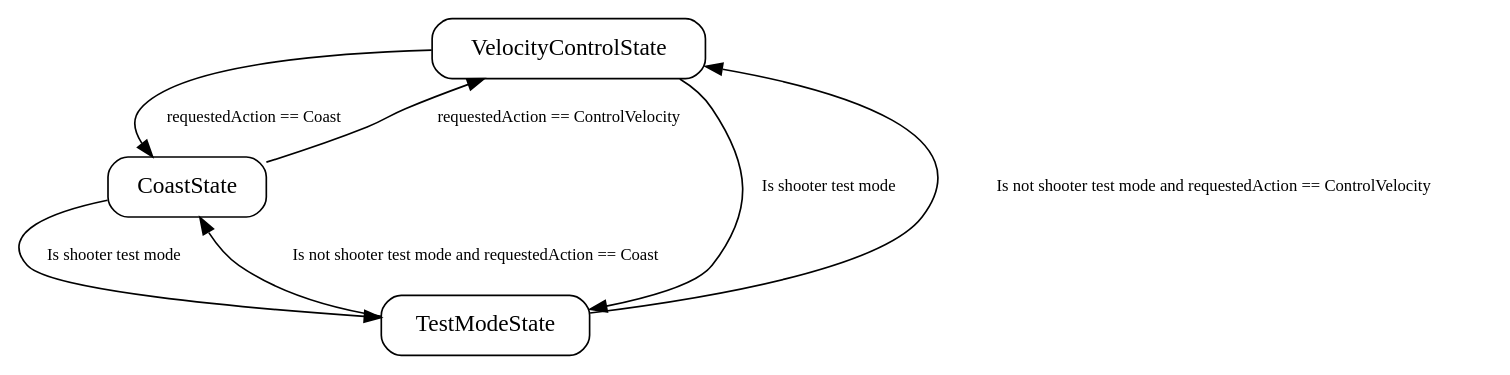
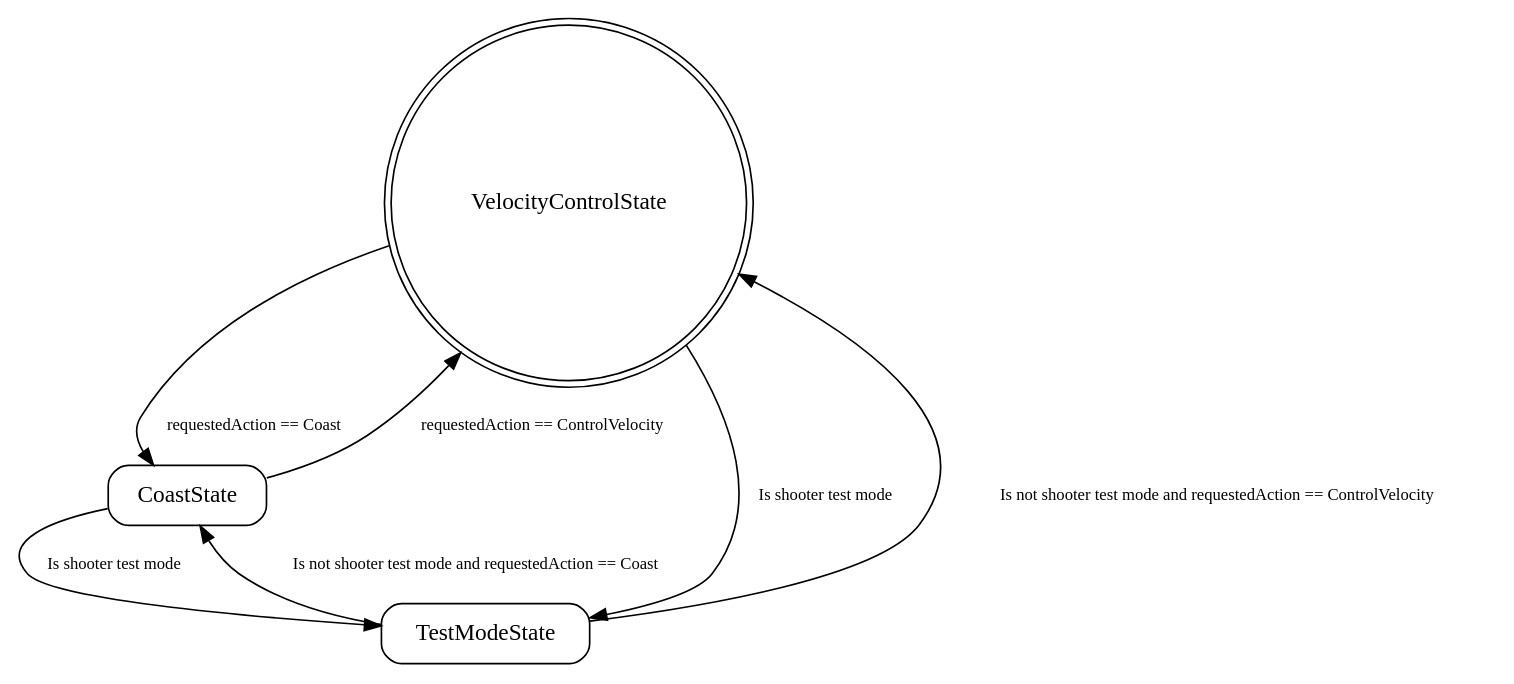
The diagram in state_machine_graphs/shooter.dot (team401/2026-Robot-Code), drawn with Graphviz before and after one commit. The commit also changed 6 other files, not shown here.

Commit message:
(#80) regenerate state machine graphs

```diff
--- a/state_machine_graphs/shooter.dot
+++ b/state_machine_graphs/shooter.dot
@@ -1,32 +1,32 @@
 digraph {
 
   // Graphviz Format settings
 
   node [
     shape=box,
     style=rounded
   ];
 
   edge [
     fontsize=10
   ];
 
 
   // States
 
-  VelocityControlState ;
+  VelocityControlState [shape=doublecircle];
   CoastState ;
   TestModeState ;
 
   // Transitions
 
   VelocityControlState -> CoastState [label="requestedAction == Coast"];
   VelocityControlState -> TestModeState [label="Is shooter test mode"];
 
   CoastState -> VelocityControlState [label="requestedAction == ControlVelocity"];
   CoastState -> TestModeState [label="Is shooter test mode"];
 
   TestModeState -> VelocityControlState [label="Is not shooter test mode and requestedAction == ControlVelocity"];
   TestModeState -> CoastState [label="Is not shooter test mode and requestedAction == Coast"];
 
 }
```
